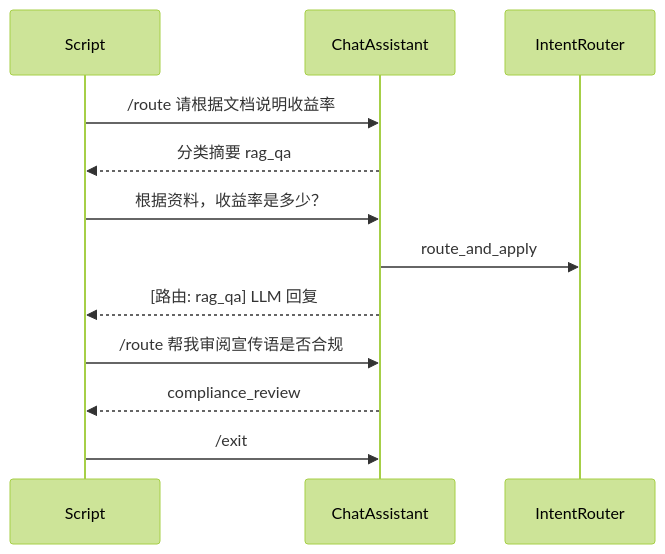
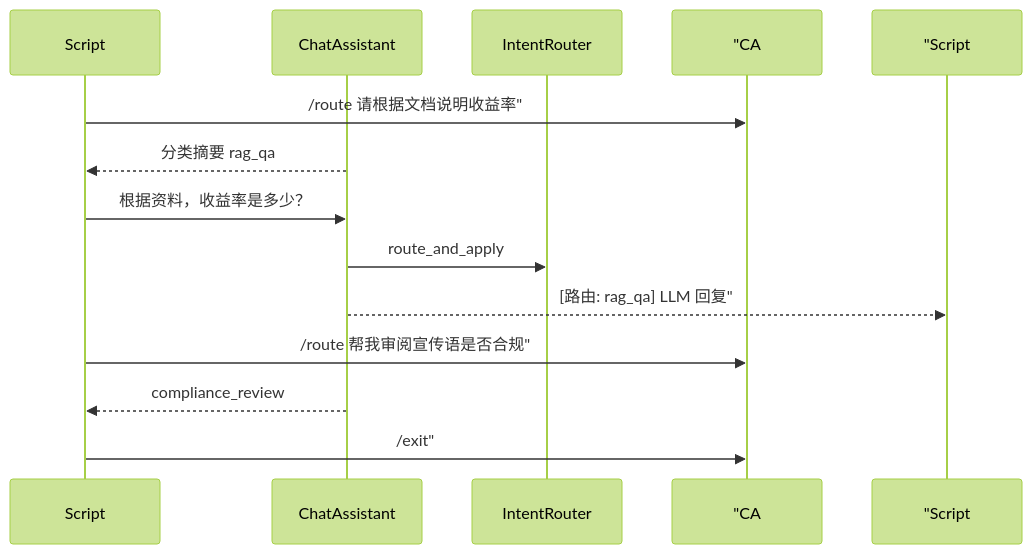
One commit to ab6539763/70_days_course_plus changed the fifth of 6 diagrams in course/day18/04_流程图与示意图.md. Above: the diagram before and after it, drawn with Mermaid (forest theme). The commit also changed other lines of this file and 134 other files, not shown here.

````diff
--- a/course/day18/04_流程图与示意图.md
+++ b/course/day18/04_流程图与示意图.md
@@ -83,18 +83,18 @@
 ```mermaid
 sequenceDiagram
     participant Script
     participant CA as ChatAssistant
     participant IR as IntentRouter
 
-    Script->>CA: /route 请根据文档说明收益率
+    Script->> "CA: /route 请根据文档说明收益率"
     CA-->>Script: 分类摘要 rag_qa
 
     Script->>CA: 根据资料，收益率是多少？
     CA->>IR: route_and_apply
-    CA-->>Script: [路由: rag_qa] LLM 回复
+    CA-->> "Script: [路由: rag_qa] LLM 回复"
 
-    Script->>CA: /route 帮我审阅宣传语是否合规
+    Script->> "CA: /route 帮我审阅宣传语是否合规"
     CA-->>Script: compliance_review
 
-    Script->>CA: /exit
+    Script->> "CA: /exit"
 ```
````
